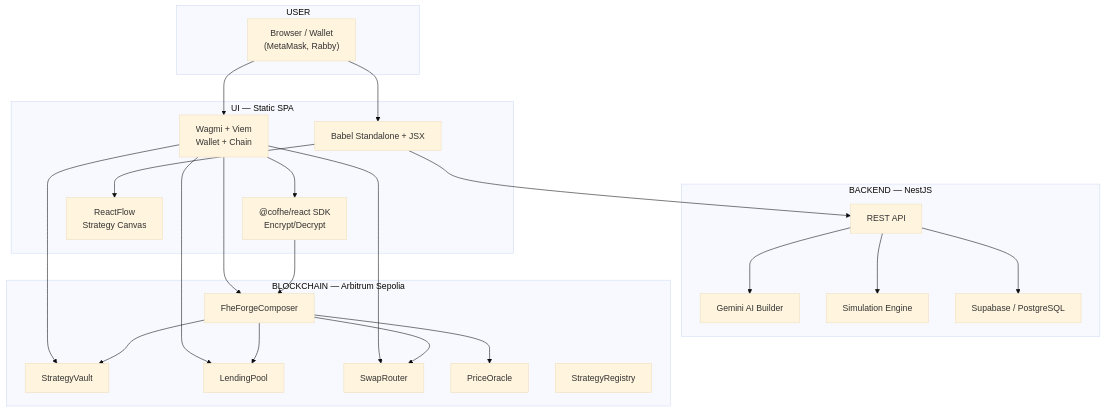
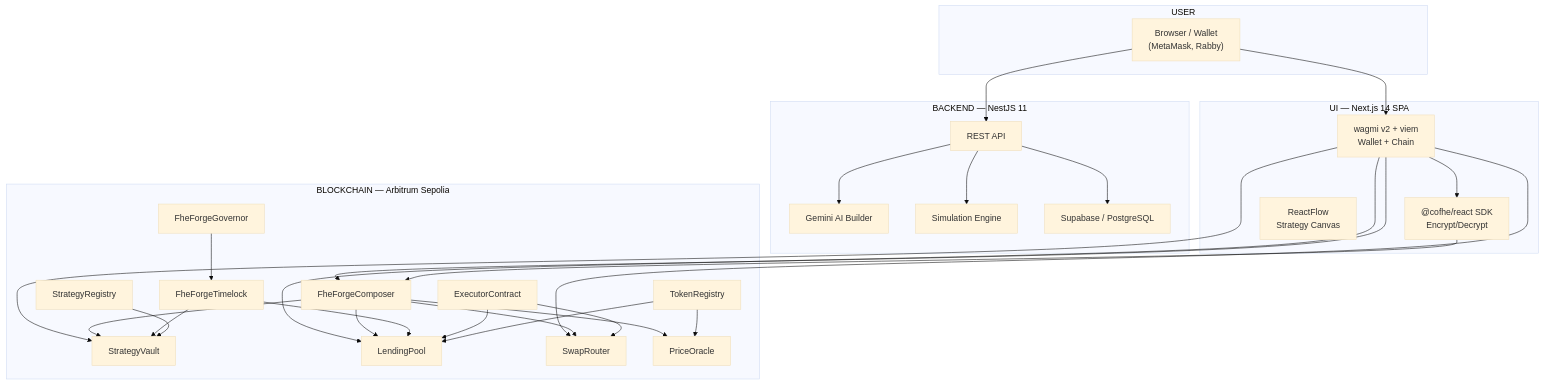
The diagram in README.md (symulacr/FheForge), drawn with Mermaid (base theme) before and after one commit. The commit also changed other lines of this file, not shown here.

````diff
--- a/README.md
+++ b/README.md
@@ -281,47 +51,56 @@
 ```mermaid
 graph TB
     subgraph "USER"
         BROWSER["Browser / Wallet<br/>(MetaMask, Rabby)"]
     end
 
-    subgraph "UI — Static SPA"
-        WAGMI["Wagmi + Viem<br/>Wallet + Chain"]
+    subgraph "UI — Next.js 14 SPA"
+        WAGMI["wagmi v2 + viem<br/>Wallet + Chain"]
         COFHE["@cofhe/react SDK<br/>Encrypt/Decrypt"]
         BUILDER["ReactFlow<br/>Strategy Canvas"]
-        SPA["Babel Standalone + JSX"]
     end
 
-    subgraph "BACKEND — NestJS"
+    subgraph "BACKEND — NestJS 11"
         API["REST API"]
         AI["Gemini AI Builder"]
         STRAT["Simulation Engine"]
         SUPA["Supabase / PostgreSQL"]
     end
 
     subgraph "BLOCKCHAIN — Arbitrum Sepolia"
         COMPOSER["FheForgeComposer"]
         VAULT["StrategyVault"]
         LENDING["LendingPool"]
         SWAP["SwapRouter"]
         ORACLE["PriceOracle"]
         REG["StrategyRegistry"]
+        GOV["FheForgeGovernor"]
+        TIMELOCK["FheForgeTimelock"]
+        TOKREG["TokenRegistry"]
+        EXEC["ExecutorContract"]
     end
 
-    BROWSER --> SPA
     BROWSER --> WAGMI
     WAGMI --> COFHE
-    SPA --> BUILDER
-    SPA --> API
+    BROWSER --> API
     API --> AI
     API --> STRAT
     API --> SUPA
     WAGMI --> COMPOSER
     WAGMI --> VAULT
     WAGMI --> LENDING
     WAGMI --> SWAP
     COFHE --> COMPOSER
     COMPOSER --> VAULT
     COMPOSER --> LENDING
     COMPOSER --> SWAP
     COMPOSER --> ORACLE
+    GOV --> TIMELOCK
+    TIMELOCK --> LENDING
+    TIMELOCK --> VAULT
+    EXEC --> SWAP
+    EXEC --> LENDING
+    REG --> VAULT
+    TOKREG --> ORACLE
+    TOKREG --> LENDING
 ```
````
